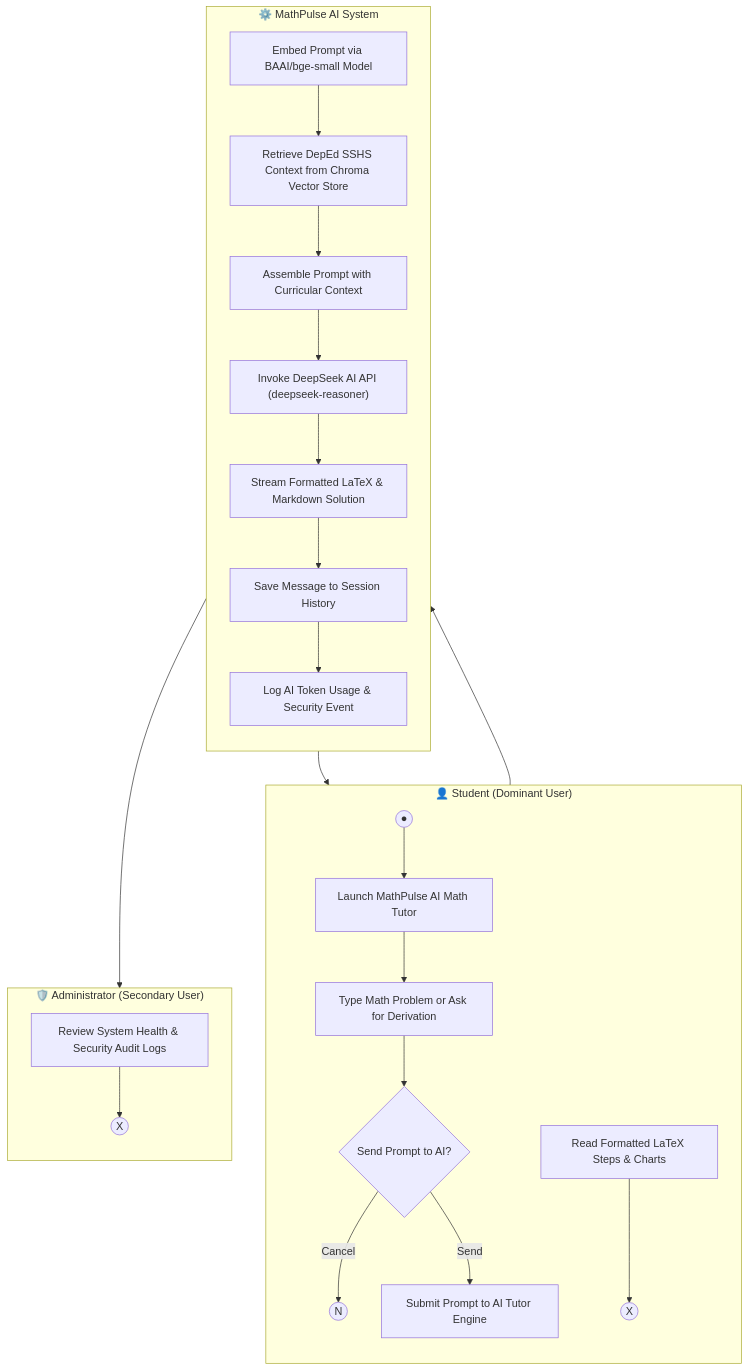
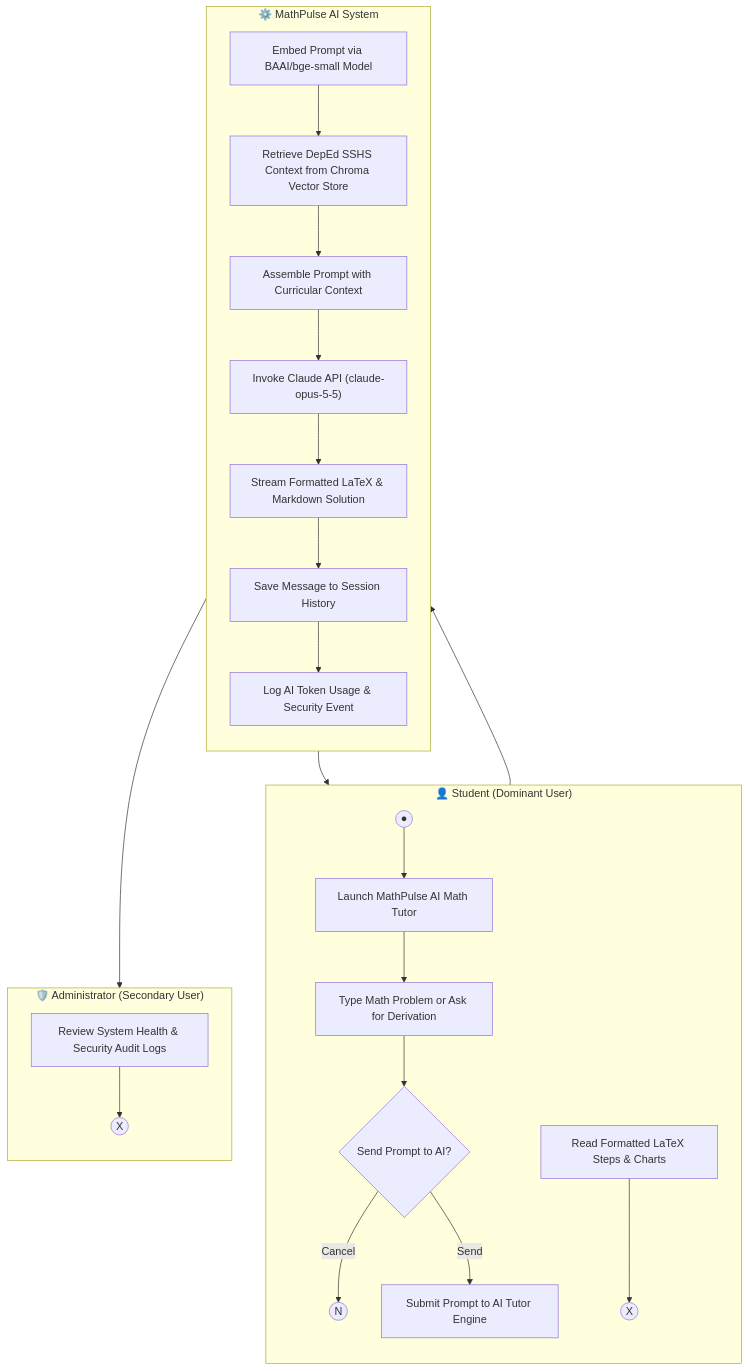
The ninth of 9 diagrams in docs/ACTIVITY_DIAGRAMS.md (Deign86/MATHPULSE-AI), drawn with Mermaid before and after one commit. The commit also changed 139 other files, not shown here.

First line of the commit message:
feat(ai): run every AI feature on the Claude API

````diff
--- a/docs/ACTIVITY_DIAGRAMS.md
+++ b/docs/ACTIVITY_DIAGRAMS.md
@@ -453,40 +453,40 @@
 ```mermaid
 flowchart TD
     subgraph Student["👤 Student (Dominant User)"]
         direction TB
         M9_Start((●)) --> M9_OpenTutor["Launch MathPulse AI Math Tutor"]
         M9_OpenTutor --> M9_InputPrompt["Type Math Problem or Ask for Derivation"]
         M9_InputPrompt --> M9_PromptCheck{"Send Prompt to AI?"}
         M9_PromptCheck -- "Cancel" --> M9_Cancel((N))
         M9_PromptCheck -- "Send" --> M9_SubmitPrompt["Submit Prompt to AI Tutor Engine"]
         M9_ReadResponse["Read Formatted LaTeX Steps & Charts"] --> M9_StudentEnd((X))
     end
 
     subgraph System["⚙️ MathPulse AI System"]
         direction TB
         M9_Embed["Embed Prompt via BAAI/bge-small Model"]
         M9_RAGSearch["Retrieve DepEd SSHS Context from Chroma Vector Store"]
         M9_Assemble["Assemble Prompt with Curricular Context"]
-        M9_CallAI["Invoke DeepSeek AI API (deepseek-reasoner)"]
+        M9_CallAI["Invoke Claude API (claude-opus-5-5)"]
         M9_Stream["Stream Formatted LaTeX & Markdown Solution"]
         M9_SaveChat["Save Message to Session History"]
         M9_LogAudit["Log AI Token Usage & Security Event"]
     end
 
     subgraph Admin["🛡️ Administrator (Secondary User)"]
         direction TB
         M9_AdminInspect["Review System Health & Security Audit Logs"]
         M9_AdminEnd((X))
     end
 
     M9_SubmitPrompt --> M9_Embed
     M9_Embed --> M9_RAGSearch
     M9_RAGSearch --> M9_Assemble
     M9_Assemble --> M9_CallAI
     M9_CallAI --> M9_Stream
     M9_Stream --> M9_ReadResponse
     M9_Stream --> M9_SaveChat
     M9_SaveChat --> M9_LogAudit
     M9_LogAudit --> M9_AdminInspect
     M9_AdminInspect --> M9_AdminEnd
 ```
````
